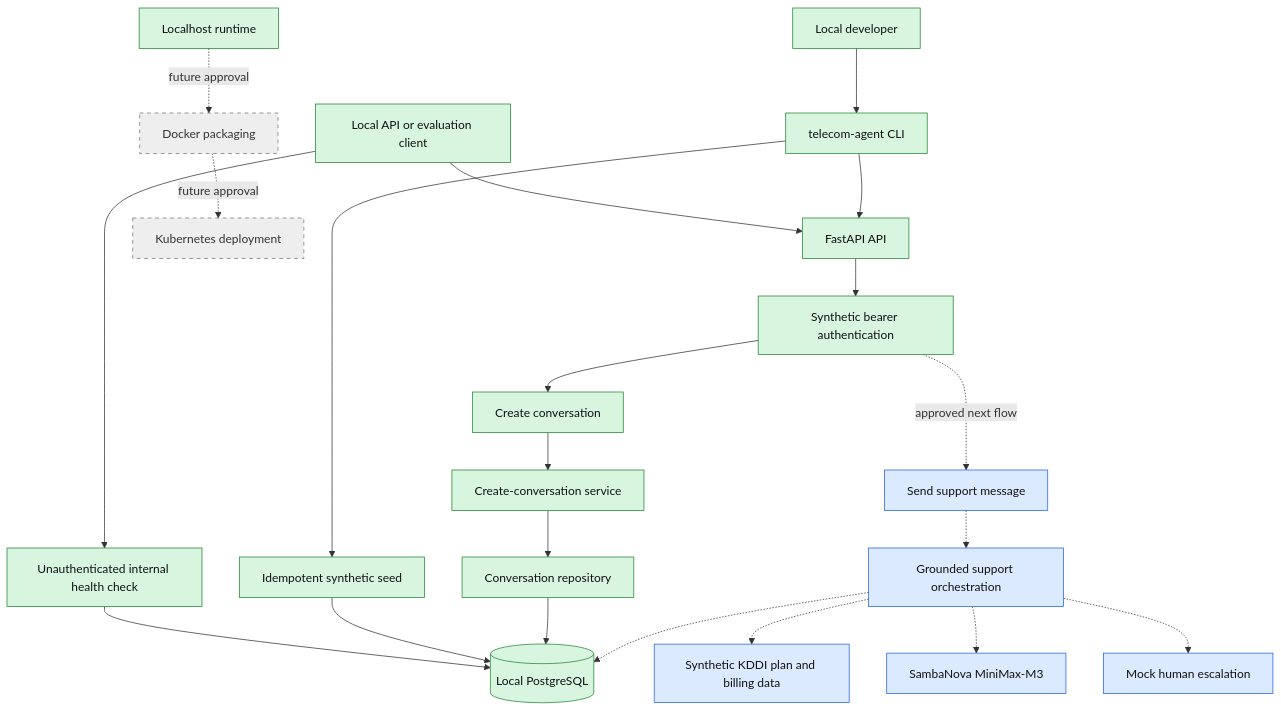
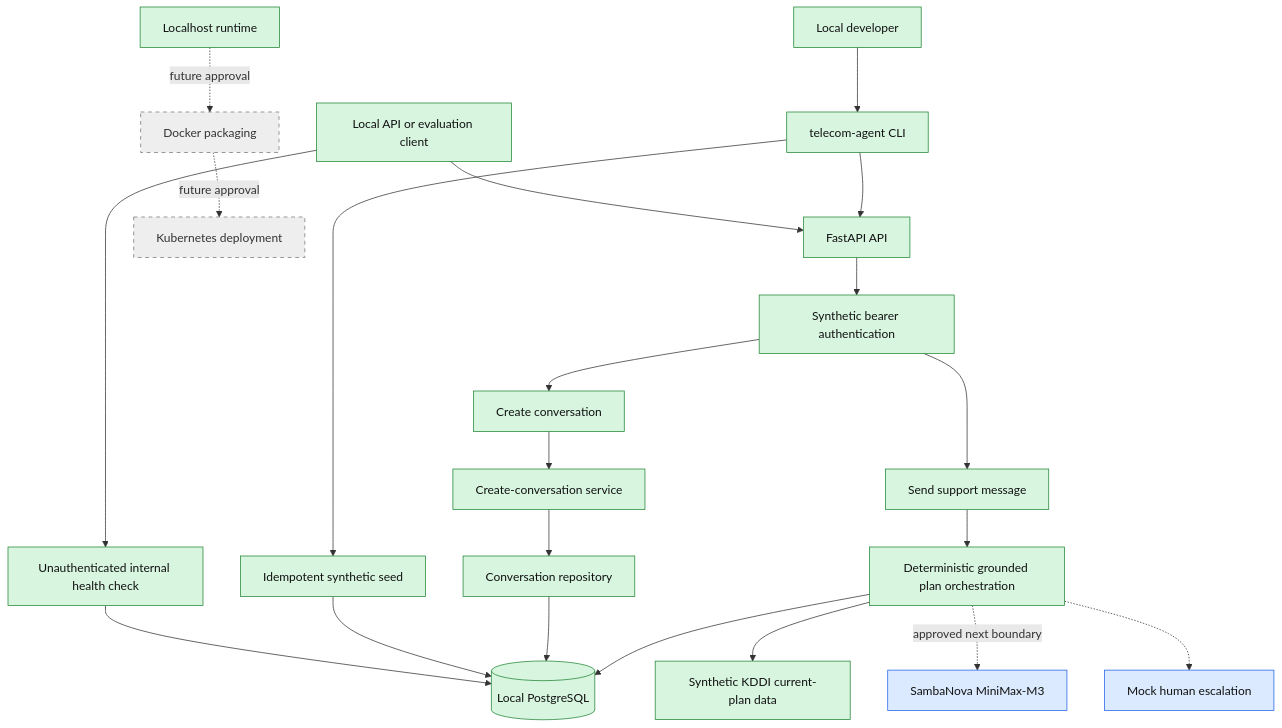
Before and after one commit to reggie-lu/codex-telecom-agent-workspace: the diagram in docs/ARCHITECTURE.md, drawn with Mermaid. The commit also changed other lines of this file and 25 other files, not shown here.

Commit message:
Add grounded current plan messaging

````diff
--- a/docs/ARCHITECTURE.md
+++ b/docs/ARCHITECTURE.md
@@ -158,35 +170,35 @@
 ```mermaid
 flowchart TB
     Client[Local API or evaluation client] --> API[FastAPI API]
     API --> Auth[Synthetic bearer authentication]
     Client --> Health[Unauthenticated internal health check]
     Health --> DB
 
     Developer[Local developer] --> CLI[telecom-agent CLI]
     CLI --> Seed[Idempotent synthetic seed]
     Seed --> DB
     CLI --> API
 
     Auth --> Create[Create conversation]
     Create --> ConversationService[Create-conversation service]
     ConversationService --> ConversationRepo[Conversation repository]
     ConversationRepo --> DB[(Local PostgreSQL)]
 
-    Auth -. approved next flow .-> Message[Send support message]
-    Message -.-> Support[Grounded support orchestration]
-    Support -.-> KDDI[Synthetic KDDI plan and billing data]
-    Support -.-> Model[SambaNova MiniMax-M3]
-    Support -.-> DB
+    Auth --> Message[Send support message]
+    Message --> Support[Deterministic grounded plan orchestration]
+    Support --> KDDI[Synthetic KDDI current-plan data]
+    Support -. approved next boundary .-> Model[SambaNova MiniMax-M3]
+    Support --> DB
     Support -.-> Escalation[Mock human escalation]
 
     Local[Localhost runtime] -. future approval .-> Docker[Docker packaging]
     Docker -. future approval .-> K8s[Kubernetes deployment]
 
     classDef implemented fill:#d7f5df,stroke:#238636,color:#111
     classDef agreed fill:#dbeafe,stroke:#2563eb,color:#111
     classDef deferred fill:#eeeeee,stroke:#777,color:#333,stroke-dasharray:5 5
 
-    class Client,API,Auth,Health,Developer,CLI,Seed,Create,ConversationService,ConversationRepo,DB,Local implemented
-    class Message,Support,KDDI,Model,Escalation agreed
+    class Client,API,Auth,Health,Developer,CLI,Seed,Create,ConversationService,ConversationRepo,Message,Support,KDDI,DB,Local implemented
+    class Model,Escalation agreed
     class Docker,K8s deferred
 ```
````
